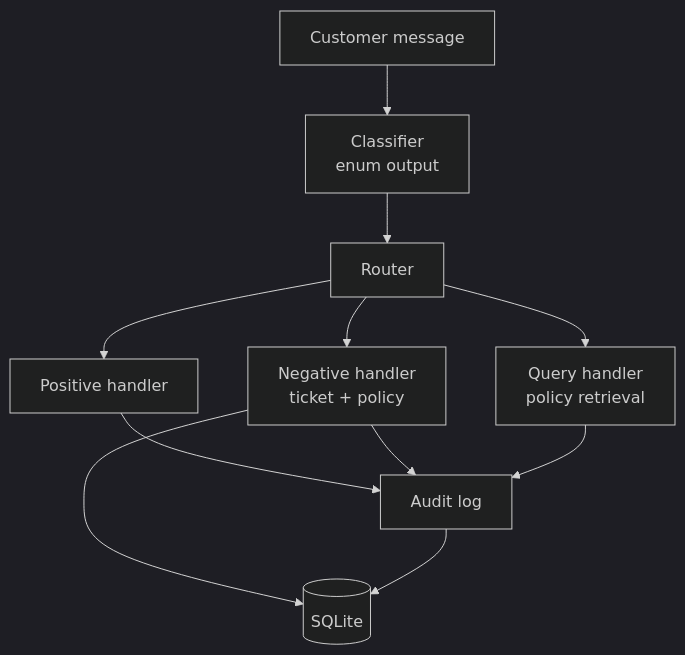
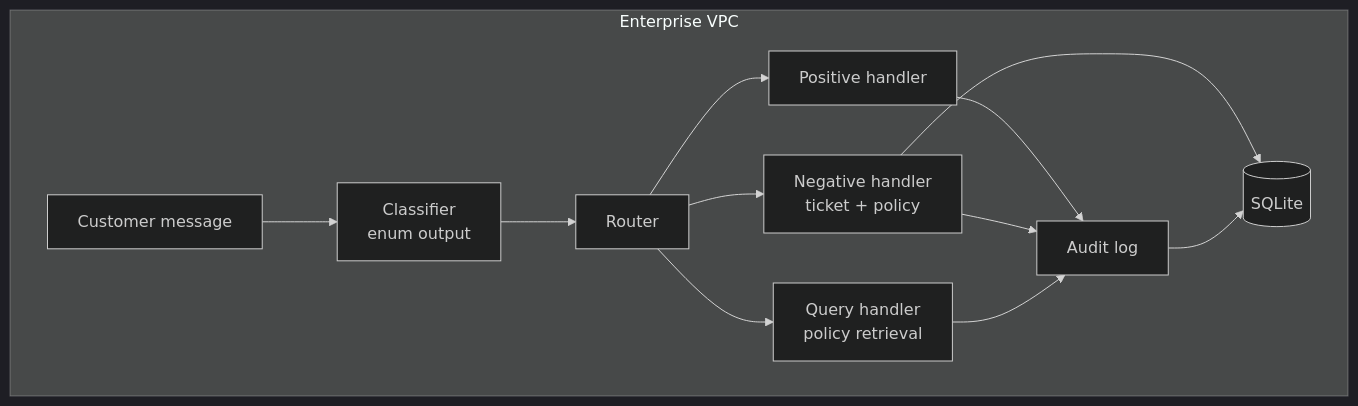
The third of 6 diagrams in ARCHITECTURE.md (kmufti7/intelliflow-os), drawn with Mermaid (dark theme) before and after one commit. The commit also changed other lines of this file and 1 other file, not shown here.

Commit message:
fix: replace stale ARCHITECTURE.md diagrams with middleware-first architecture + add content validation to verify_cascade

````diff
--- a/ARCHITECTURE.md
+++ b/ARCHITECTURE.md
@@ -70,15 +87,17 @@
 ```mermaid
 flowchart TD
-  U[Customer message] --> C1[Classifier<br/>enum output]
-  C1 --> R[Router]
-  R --> H1[Positive handler]
-  R --> H2[Negative handler<br/>ticket + policy]
-  R --> H3[Query handler<br/>policy retrieval]
+  subgraph VPC["Enterprise VPC"]
+    U[Customer message] --> C1[Classifier<br/>enum output]
+    C1 --> R[Router]
+    R --> H1[Positive handler]
+    R --> H2[Negative handler<br/>ticket + policy]
+    R --> H3[Query handler<br/>policy retrieval]
 
-  H1 --> L[Audit log]
-  H2 --> L
-  H3 --> L
+    H1 --> L[Audit log]
+    H2 --> L
+    H3 --> L
 
-  H2 --> DB[(SQLite)]
-  L --> DB
+    H2 --> DB[(SQLite)]
+    L --> DB
+  end
 ```
````
